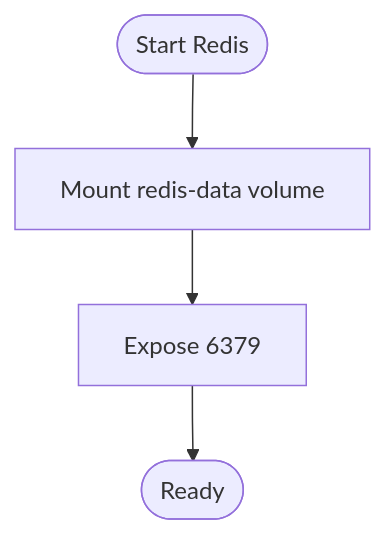
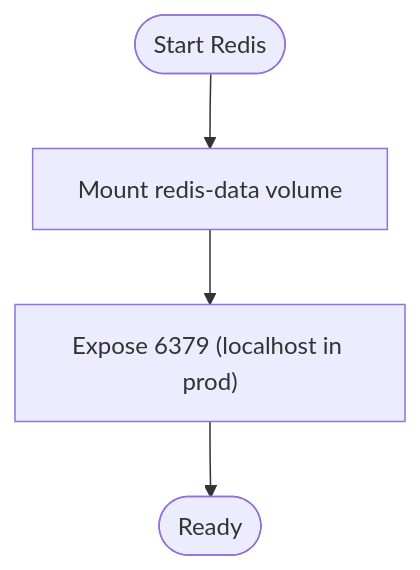
Before and after one commit to FCS-WP/website_portal: the seventh of 10 diagrams in .qoder/repowiki/en/content/Deployment & Operations/Docker Deployment.md, drawn with Mermaid. The commit also changed other lines of this file and 30 other files, not shown here.

````diff
--- a/.qoder/repowiki/en/content/Deployment & Operations/Docker Deployment.md
+++ b/.qoder/repowiki/en/content/Deployment & Operations/Docker Deployment.md
@@ -261,6 +327,6 @@
 ```mermaid
 flowchart TD
 Start(["Start Redis"]) --> MountVol["Mount redis-data volume"]
-MountVol --> ExposePort["Expose 6379"]
+MountVol --> ExposePort["Expose 6379 (localhost in prod)"]
 ExposePort --> Ready(["Ready"])
 ```
````
